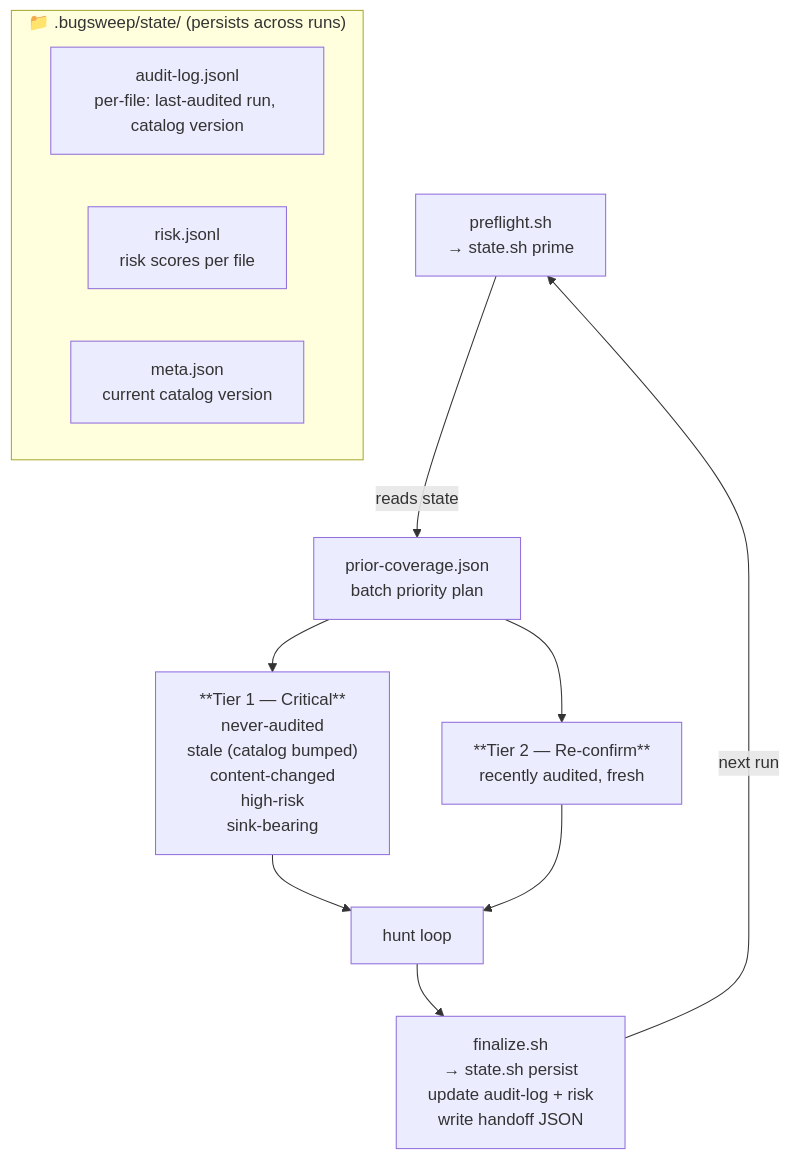
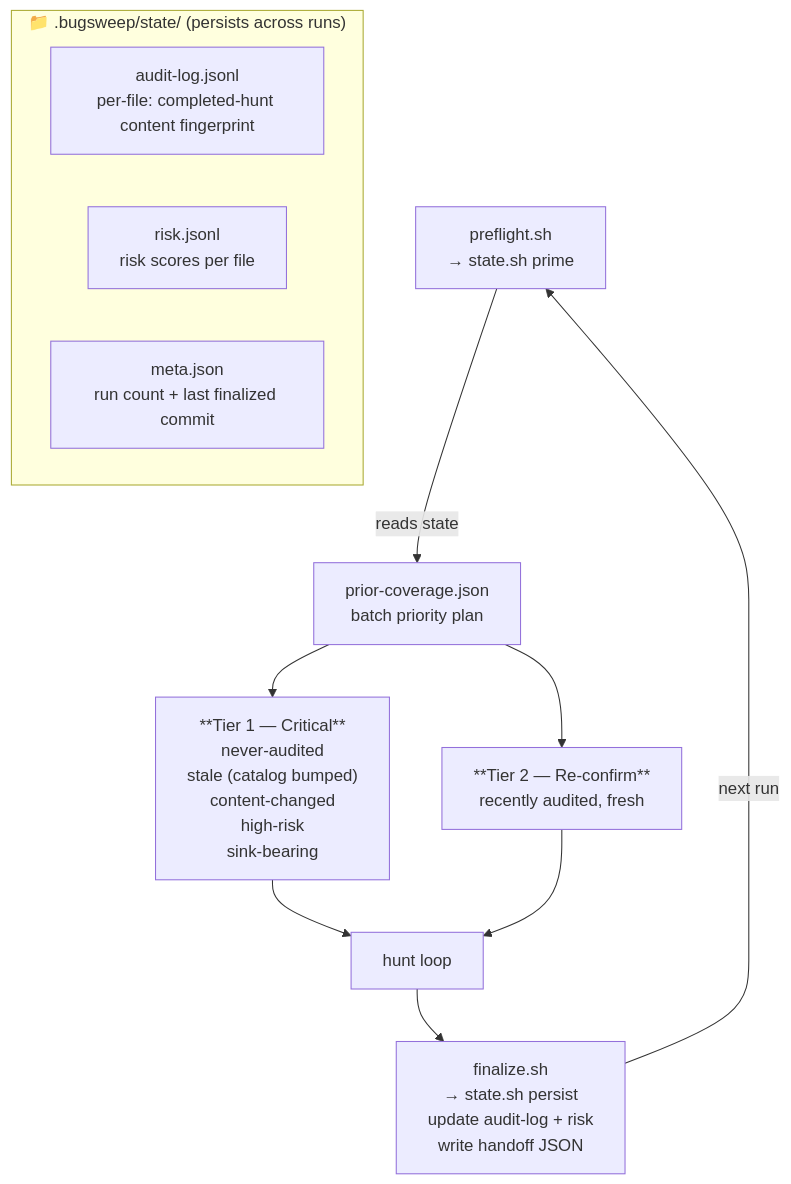
One commit to shanemhamilton/bugsweep changed the third of 3 diagrams in README.md. Above: the diagram before and after it, drawn with Mermaid. The commit also changed other lines of this file and 43 other files, not shown here.

````diff
--- a/README.md
+++ b/README.md
@@ -106,19 +113,19 @@
 ```mermaid
 flowchart TD
     subgraph state ["📁 .bugsweep/state/  (persists across runs)"]
-        AL["audit-log.jsonl\nper-file: last-audited run, catalog version"]
+        AL["audit-log.jsonl\nper-file: completed-hunt content fingerprint"]
         RJ["risk.jsonl\nrisk scores per file"]
-        MJ["meta.json\ncurrent catalog version"]
+        MJ["meta.json\nrun count + last finalized commit"]
     end
 
     P["preflight.sh\n→ state.sh prime"] -->|reads state| PC["prior-coverage.json\nbatch priority plan"]
 
     PC --> T1["**Tier 1 — Critical**\nnever-audited\nstale (catalog bumped)\ncontent-changed\nhigh-risk\nsink-bearing"]
     PC --> T2["**Tier 2 — Re-confirm**\nrecently audited, fresh"]
 
     T1 --> HUNT["hunt loop"]
     T2 --> HUNT
 
     HUNT --> FIN["finalize.sh\n→ state.sh persist\nupdate audit-log + risk\nwrite handoff JSON"]
     FIN -->|next run| P
 ```
````
